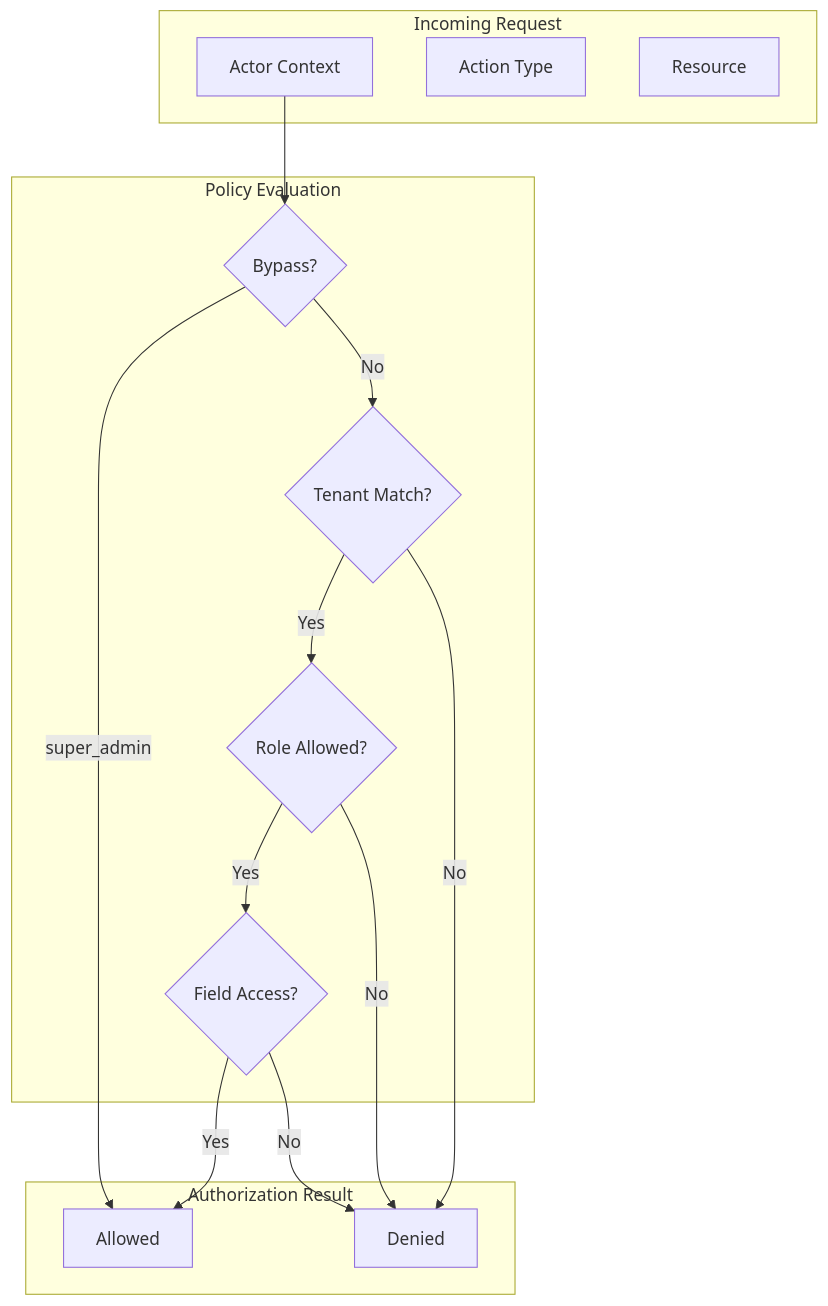
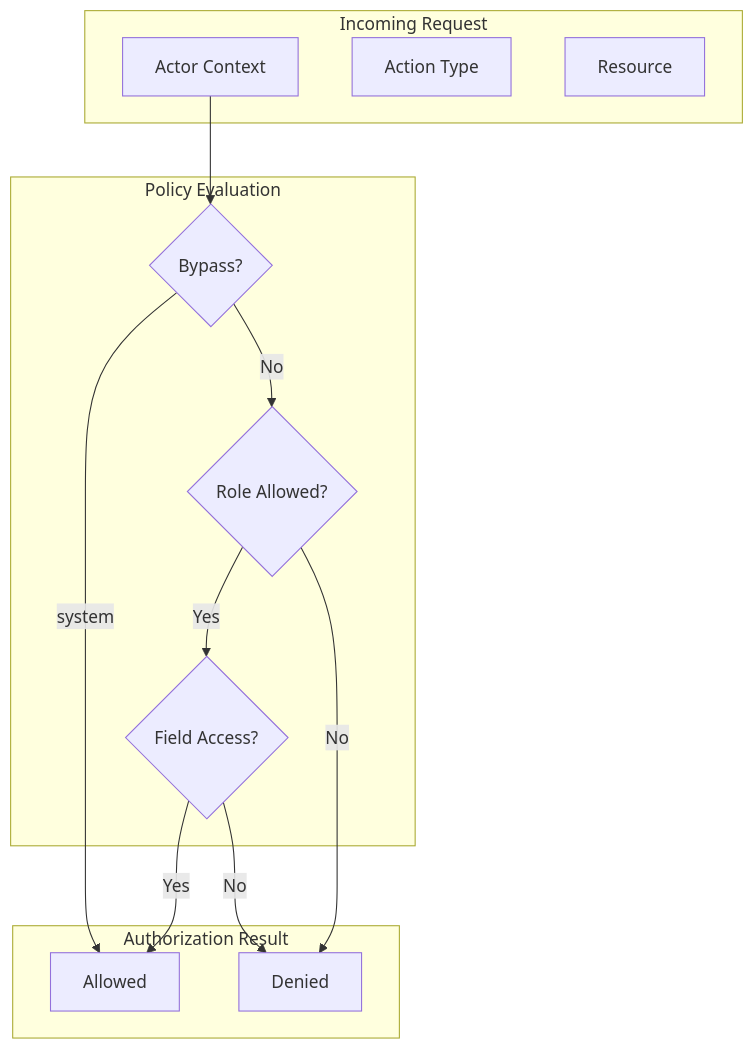
Before and after one commit to carverauto/serviceradar: the diagram in docs/docs/ash-authorization.md, drawn with Mermaid. The commit also changed other lines of this file and 82 other files, not shown here.

Commit message:
super admin cleanup

````diff
--- a/docs/docs/ash-authorization.md
+++ b/docs/docs/ash-authorization.md
@@ -12,30 +12,27 @@
 ```mermaid
 graph TB
     subgraph Request["Incoming Request"]
         Actor[Actor Context]
         Action[Action Type]
         Resource[Resource]
     end
 
     subgraph PolicyEval["Policy Evaluation"]
         Bypass{Bypass?}
-        TenantCheck{Tenant Match?}
         RoleCheck{Role Allowed?}
         FieldPolicy{Field Access?}
     end
 
     subgraph Result["Authorization Result"]
         Allowed[Allowed]
         Denied[Denied]
     end
 
     Actor --> Bypass
-    Bypass -->|super_admin| Allowed
-    Bypass -->|No| TenantCheck
-    TenantCheck -->|Yes| RoleCheck
-    TenantCheck -->|No| Denied
+    Bypass -->|system| Allowed
+    Bypass -->|No| RoleCheck
     RoleCheck -->|Yes| FieldPolicy
     RoleCheck -->|No| Denied
     FieldPolicy -->|Yes| Allowed
     FieldPolicy -->|No| Denied
 ```
````
